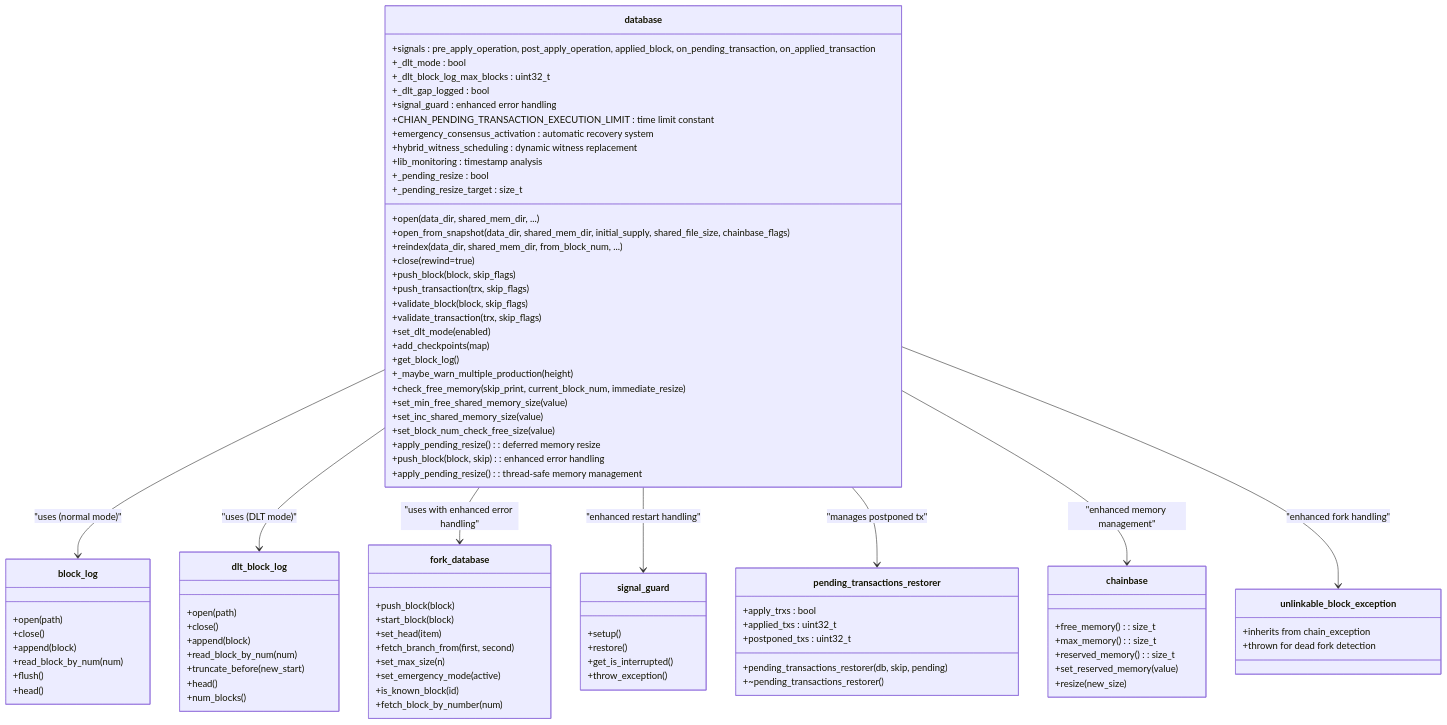
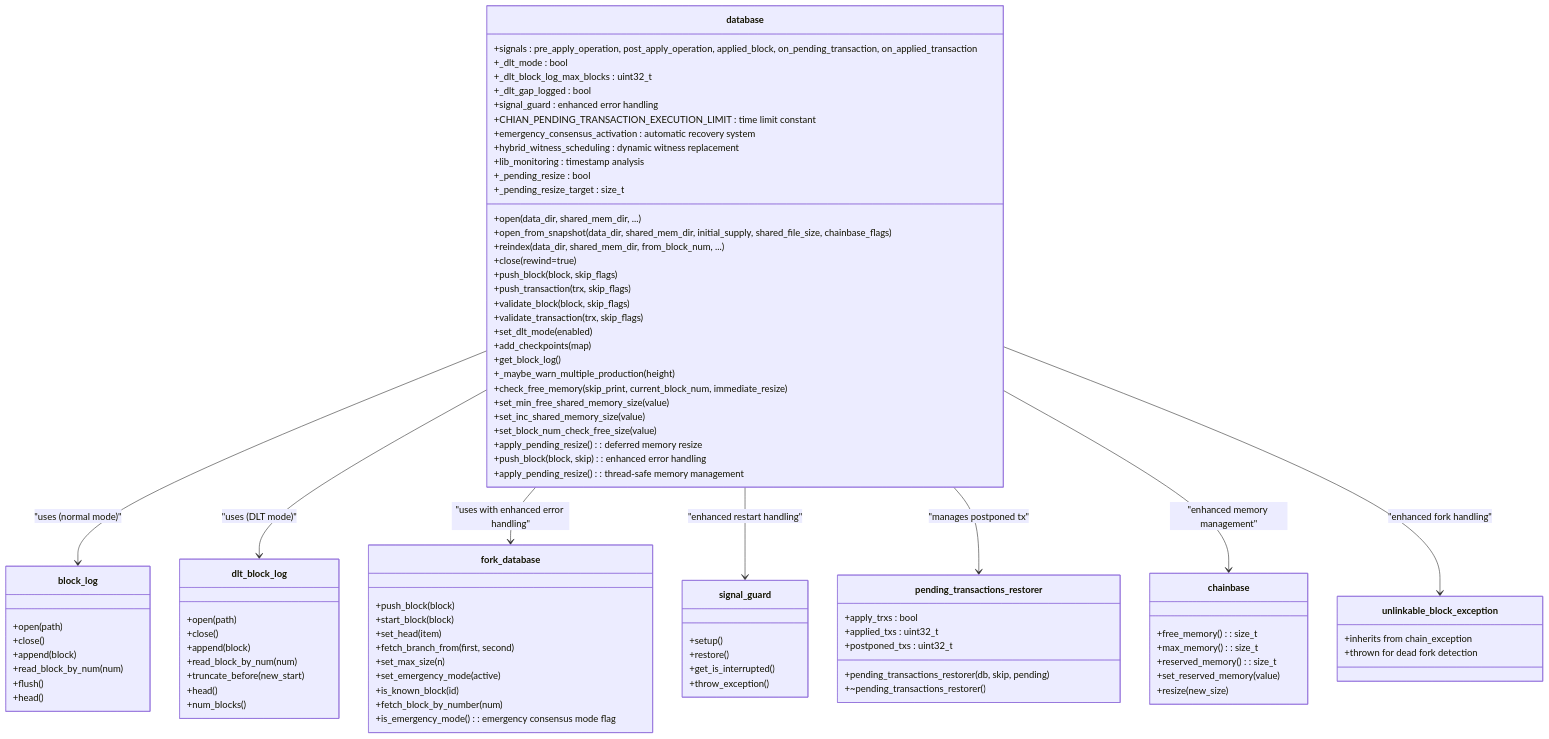
One commit to VIZ-Blockchain/viz-cpp-node changed the second of 24 diagrams in .qoder/repowiki/en/content/Architecture Overview/Core Libraries/Chain Library/Database Management/Database Management.md. Above: the diagram before and after it, drawn with Mermaid. The commit also changed other lines of this file and 3 other files, not shown here.

First line of the commit message:
feat(database): enhance fork database with dead fork detection and emergency consensus tie-breaking

```diff
--- a/.qoder/repowiki/en/content/Architecture Overview/Core Libraries/Chain Library/Database Management/Database Management.md
+++ b/.qoder/repowiki/en/content/Architecture Overview/Core Libraries/Chain Library/Database Management/Database Management.md
@@ -269,6 +268,7 @@
 +set_emergency_mode(active)
 +is_known_block(id)
 +fetch_block_by_number(num)
++is_emergency_mode() : emergency consensus mode flag
 }
 class signal_guard {
 +setup()
```
